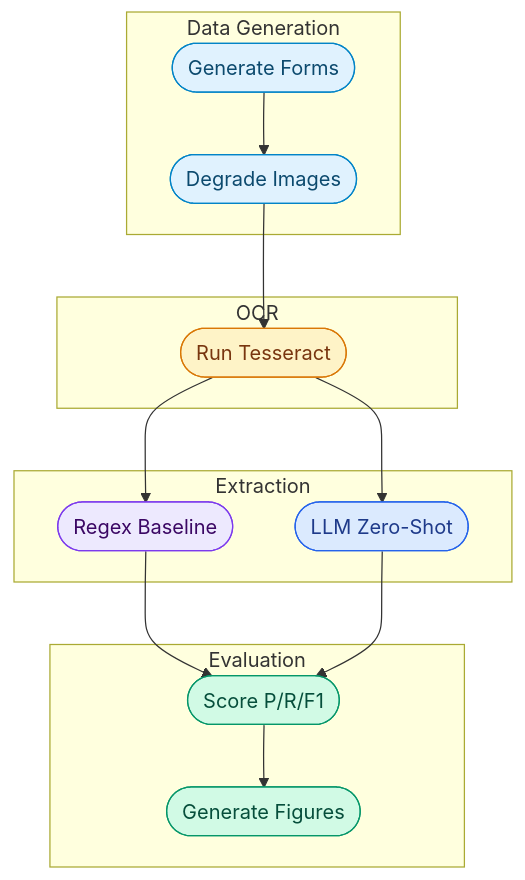
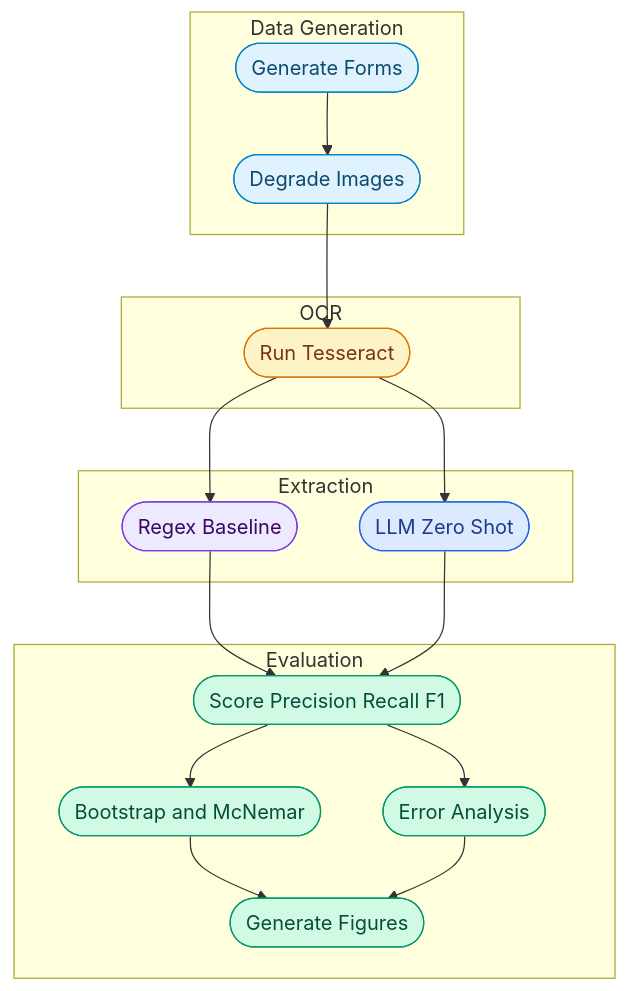
The diagram in README.md (kennethyeaher/kairoHealth), drawn with Mermaid before and after one commit. The commit also changed other lines of this file, not shown here.

````diff
--- a/README.md
+++ b/README.md
@@ -223,39 +286,44 @@
 ```mermaid
 flowchart TD
     subgraph GEN ["Data Generation"]
         A([Generate Forms]) --> B([Degrade Images])
     end
 
     subgraph OCR ["OCR"]
         C([Run Tesseract])
     end
 
     subgraph EXTRACT ["Extraction"]
         D([Regex Baseline])
-        E([LLM Zero-Shot])
+        E([LLM Zero Shot])
     end
 
     subgraph EVAL ["Evaluation"]
-        F([Score P/R/F1])
-        G([Generate Figures])
+        F([Score Precision Recall F1])
+        G([Bootstrap and McNemar])
+        H([Error Analysis])
+        I([Generate Figures])
     end
 
     B --> C
     C --> D
     C --> E
     D --> F
     E --> F
     F --> G
+    F --> H
+    G --> I
+    H --> I
 
     classDef gen fill:#e0f2fe,stroke:#0284c7,color:#0c4a6e
     classDef ocr fill:#fef3c7,stroke:#d97706,color:#78350f
     classDef rules fill:#ede9fe,stroke:#7c3aed,color:#3b0764
     classDef llm fill:#dbeafe,stroke:#2563eb,color:#1e3a8a
     classDef eval fill:#d1fae5,stroke:#059669,color:#064e3b
 
     class A,B gen
     class C ocr
     class D rules
     class E llm
-    class F,G eval
+    class F,G,H,I eval
 ```
````
